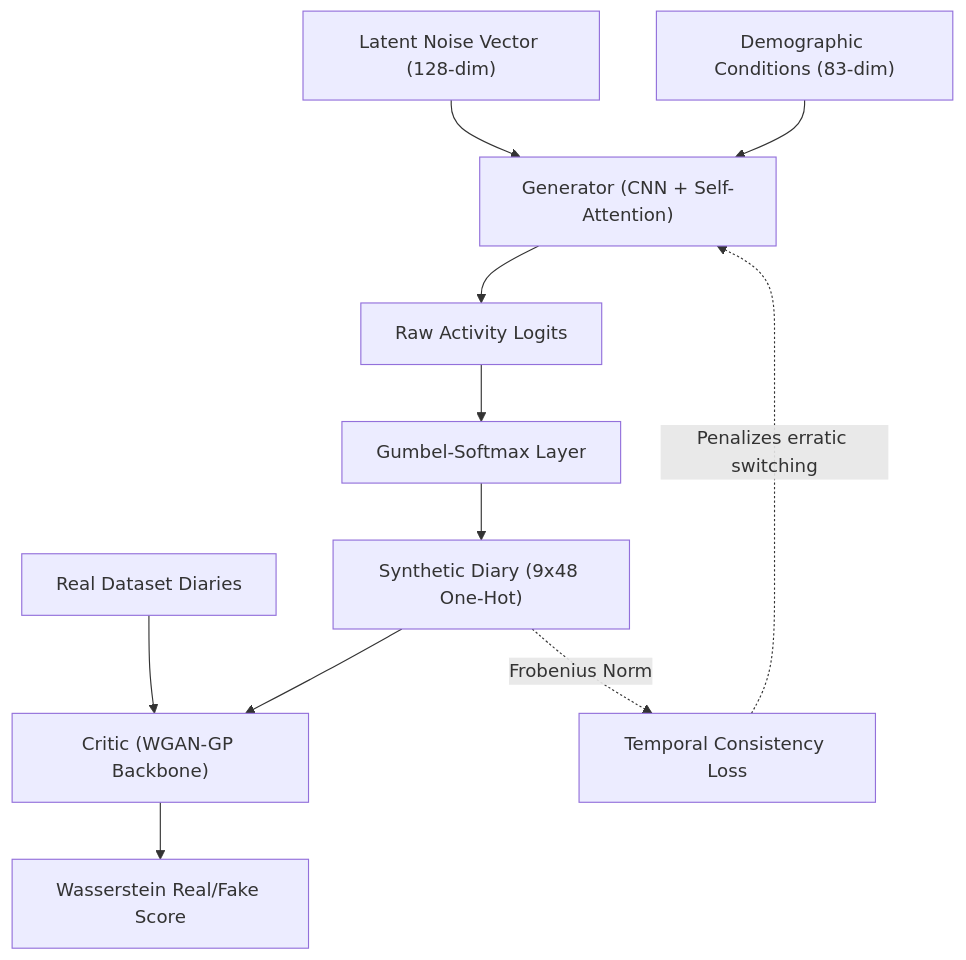
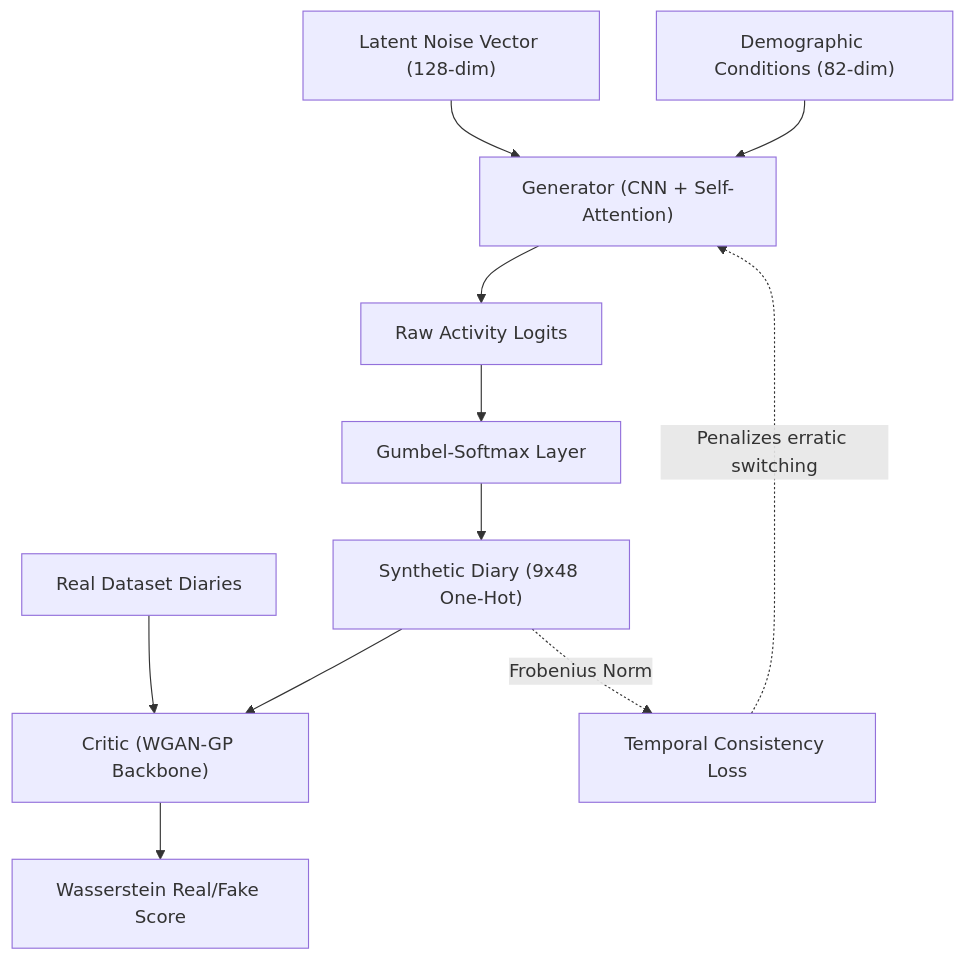
Before and after one commit to venkat-nallapu/tusgan: the diagram in docs/architecture_specs/tusgan-v3.md, drawn with Mermaid. The commit also changed 134 other files, not shown here.

````diff
--- a/docs/architecture_specs/tusgan-v3.md
+++ b/docs/architecture_specs/tusgan-v3.md
@@ -18,15 +18,15 @@
 ```mermaid
 graph TD
     Z["Latent Noise Vector (128-dim)"] --> Gen["Generator (CNN + Self-Attention)"]
-    C["Demographic Conditions (83-dim)"] --> Gen
+    C["Demographic Conditions (82-dim)"] --> Gen
     Gen --> L["Raw Activity Logits"]
     L --> GS["Gumbel-Softmax Layer"]
     GS --> SD["Synthetic Diary (9x48 One-Hot)"]
     
     RD["Real Dataset Diaries"] --> Crit["Critic (WGAN-GP Backbone)"]
     SD --> Crit
     
     Crit --> WS["Wasserstein Real/Fake Score"]
     SD -.->|Frobenius Norm| TL["Temporal Consistency Loss"]
     TL -.->|Penalizes erratic switching| Gen
 ```
````
